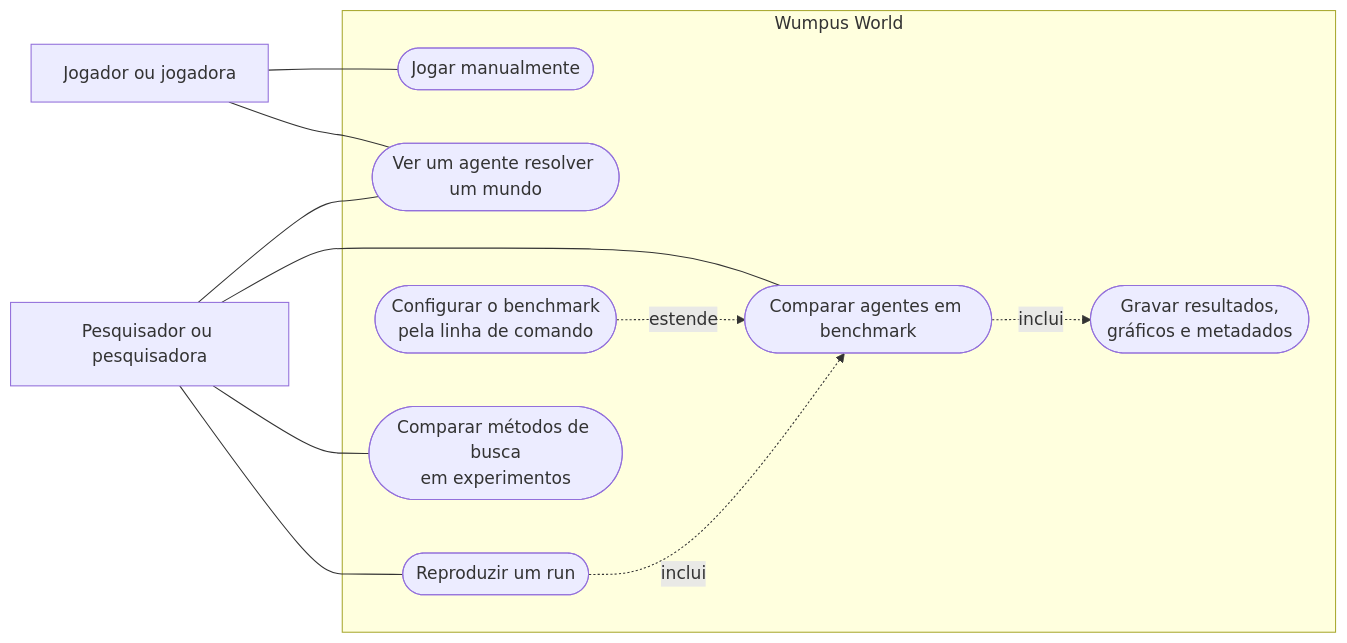
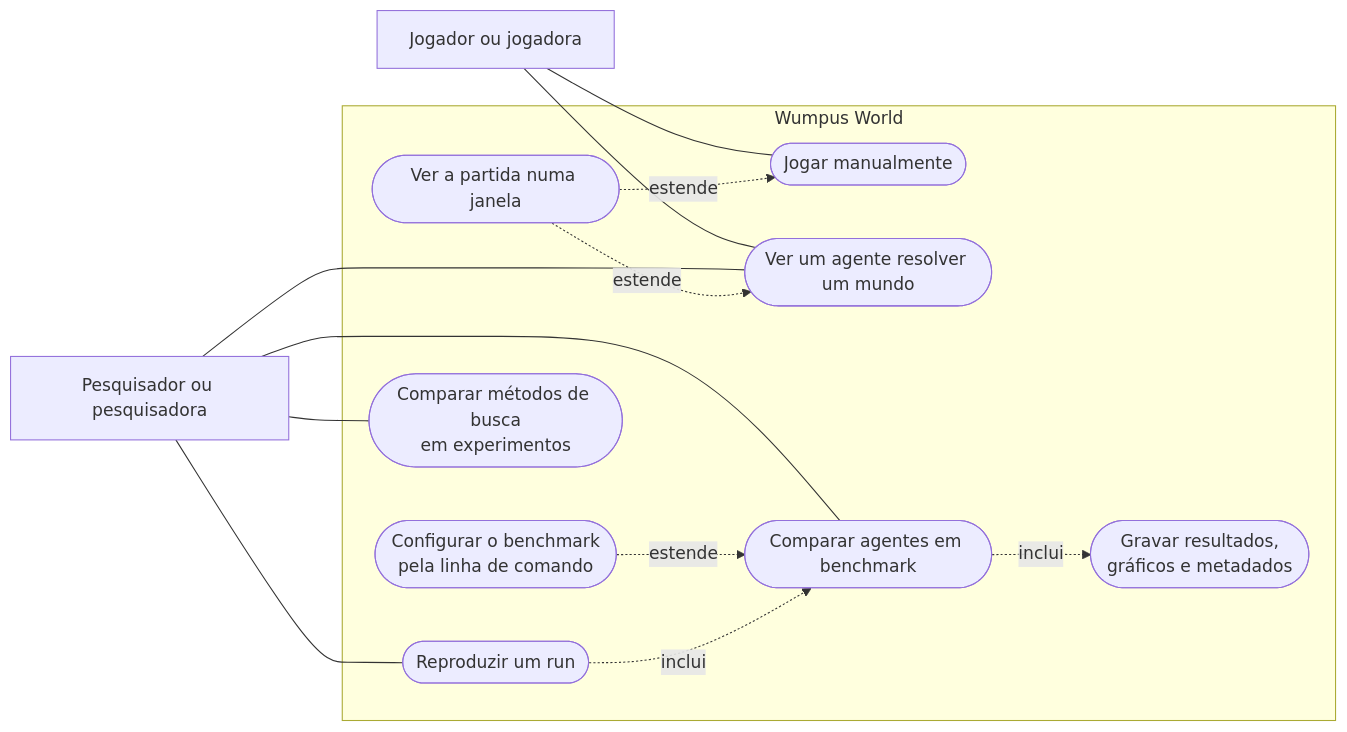
Before and after one commit to ingrid-kiki/wumpus_world_modular: the diagram in docs/arquitetura/caso-de-uso.md, drawn with Mermaid. The commit also changed other lines of this file and 12 other files, not shown here.

First line of the commit message:
feat: oferece no menu uma janela que reproduz a partida

````diff
--- a/docs/arquitetura/caso-de-uso.md
+++ b/docs/arquitetura/caso-de-uso.md
@@ -6,26 +6,29 @@
 ```mermaid
 flowchart LR
     jogador["Jogador ou jogadora"]
     pesquisa["Pesquisador ou pesquisadora"]
 
     subgraph sistema["Wumpus World"]
         jogar(["Jogar manualmente"])
         assistir(["Ver um agente resolver um mundo"])
+        janela(["Ver a partida numa janela"])
         comparar(["Comparar agentes em benchmark"])
         configurar(["Configurar o benchmark<br/>pela linha de comando"])
         gravar(["Gravar resultados,<br/>gráficos e metadados"])
         reproduzir(["Reproduzir um run"])
         experimentar(["Comparar métodos de busca<br/>em experimentos"])
     end
 
     jogador --- jogar
     jogador --- assistir
     pesquisa --- assistir
     pesquisa --- comparar
     pesquisa --- reproduzir
     pesquisa --- experimentar
 
     configurar -. "estende" .-> comparar
+    janela -. "estende" .-> jogar
+    janela -. "estende" .-> assistir
     comparar -. "inclui" .-> gravar
     reproduzir -. "inclui" .-> comparar
 ```
````
